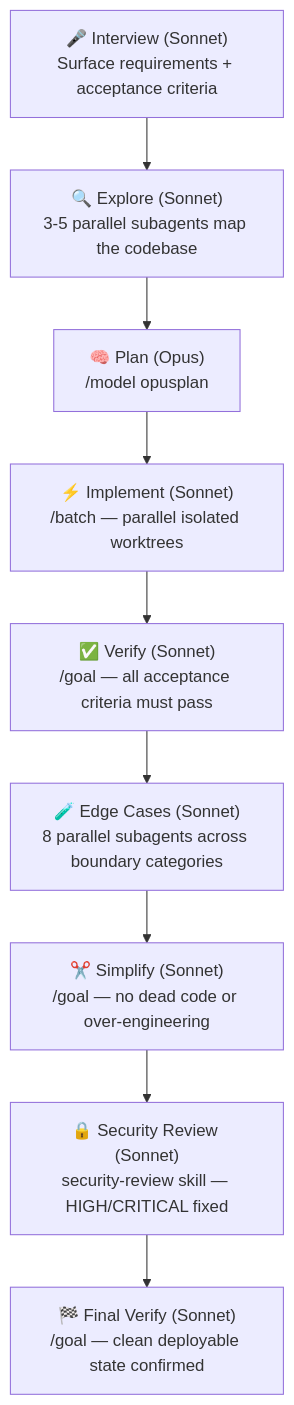
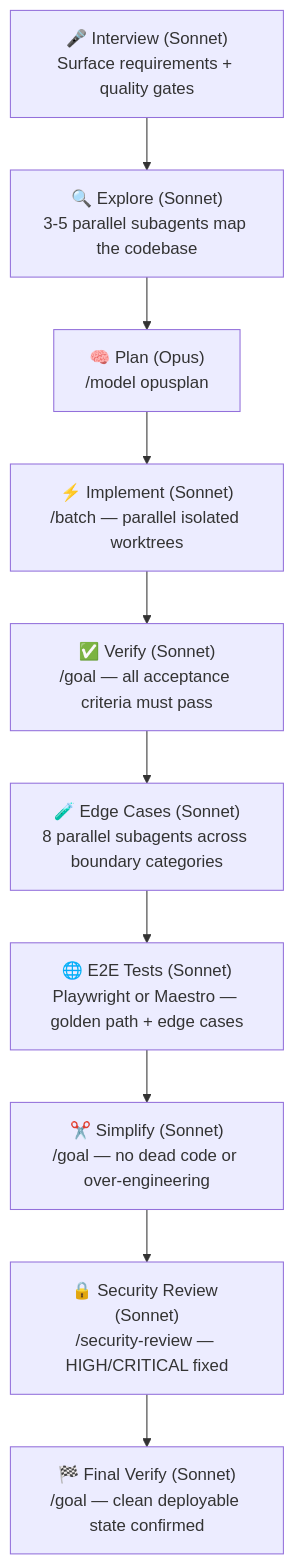
One commit to amajorai/ship.md changed the diagram in README.md. Above: the diagram before and after it, drawn with Mermaid. The commit also changed other lines of this file and 2 other files, not shown here.

Commit message:
Add e2e as Phase 7 in ship; bundle e2e skill; update README and diagram

````diff
--- a/README.md
+++ b/README.md
@@ -5,11 +5,12 @@
 ```mermaid
 flowchart TD
-    A["🎤 Interview (Sonnet)\nSurface requirements + acceptance criteria"] --> B["🔍 Explore (Sonnet)\n3-5 parallel subagents map the codebase"]
+    A["🎤 Interview (Sonnet)\nSurface requirements + quality gates"] --> B["🔍 Explore (Sonnet)\n3-5 parallel subagents map the codebase"]
     B --> C["🧠 Plan (Opus)\n/model opusplan"]
     C --> D["⚡ Implement (Sonnet)\n/batch — parallel isolated worktrees"]
     D --> E["✅ Verify (Sonnet)\n/goal — all acceptance criteria must pass"]
     E --> F["🧪 Edge Cases (Sonnet)\n8 parallel subagents across boundary categories"]
-    F --> G["✂️ Simplify (Sonnet)\n/goal — no dead code or over-engineering"]
-    G --> H["🔒 Security Review (Sonnet)\nsecurity-review skill — HIGH/CRITICAL fixed"]
-    H --> I["🏁 Final Verify (Sonnet)\n/goal — clean deployable state confirmed"]
+    F --> G["🌐 E2E Tests (Sonnet)\nPlaywright or Maestro — golden path + edge cases"]
+    G --> H["✂️ Simplify (Sonnet)\n/goal — no dead code or over-engineering"]
+    H --> I["🔒 Security Review (Sonnet)\n/security-review — HIGH/CRITICAL fixed"]
+    I --> J["🏁 Final Verify (Sonnet)\n/goal — clean deployable state confirmed"]
 ```
````
